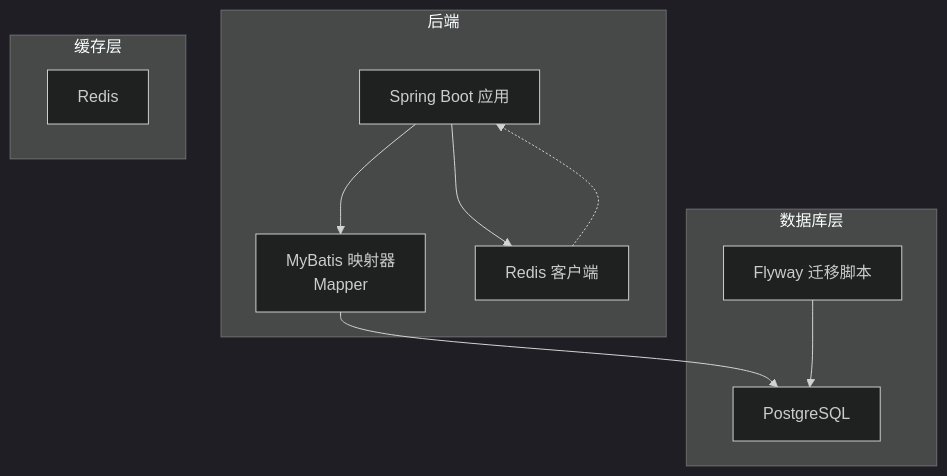
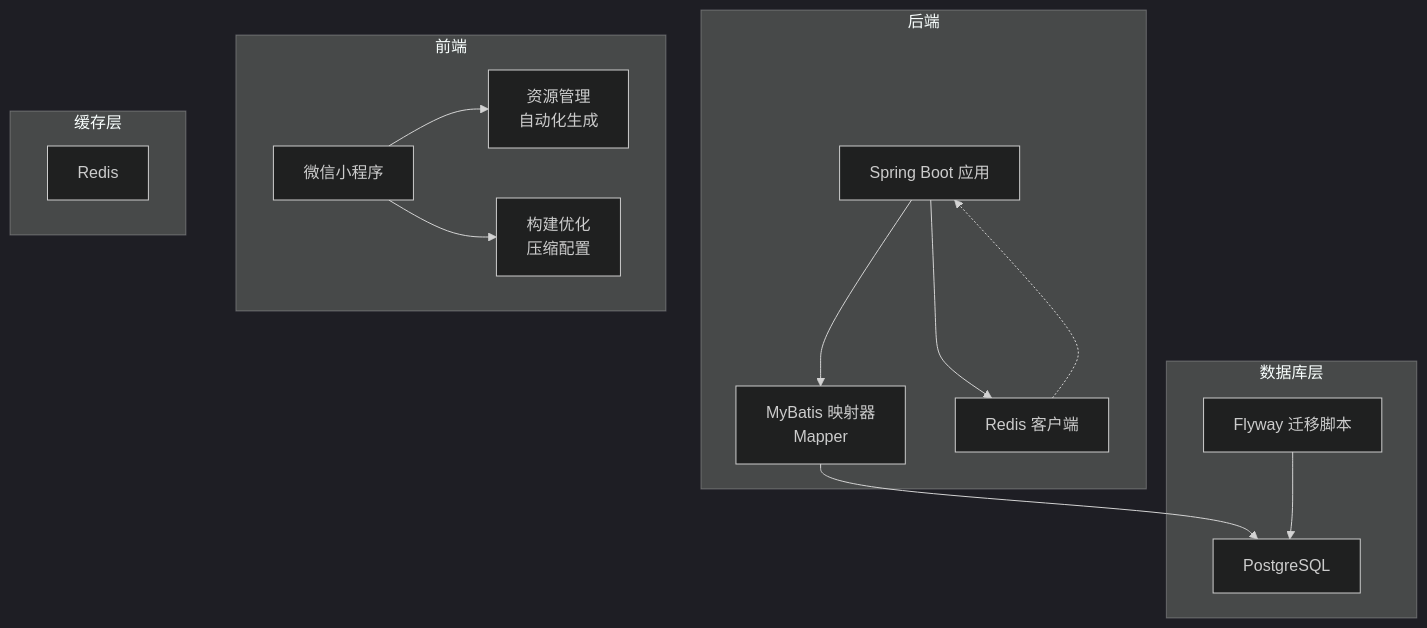
Before and after one commit to cwxiao/zugeju: the first of 3 diagrams in .qoder/repowiki/zh/content/数据库设计/性能优化.md, drawn with Mermaid (dark theme). The commit also changed other lines of this file and 47 other files, not shown here.

````diff
--- a/.qoder/repowiki/zh/content/数据库设计/性能优化.md
+++ b/.qoder/repowiki/zh/content/数据库设计/性能优化.md
@@ -41,20 +52,27 @@
 ```mermaid
 graph TB
 subgraph "后端"
 APP["Spring Boot 应用"]
 MYBATIS["MyBatis 映射器<br/>Mapper"]
 REDIS["Redis 客户端"]
+end
+subgraph "前端"
+MINIPROGRAM["微信小程序"]
+ASSETS["资源管理<br/>自动化生成"]
+BUILD["构建优化<br/>压缩配置"]
 end
 subgraph "数据库层"
 PG["PostgreSQL"]
 MIG["Flyway 迁移脚本"]
 end
 subgraph "缓存层"
 RDS["Redis"]
 end
 APP --> MYBATIS
 APP --> REDIS
 MYBATIS --> PG
 MIG --> PG
 REDIS -.-> APP
+MINIPROGRAM --> ASSETS
+MINIPROGRAM --> BUILD
 ```
````
